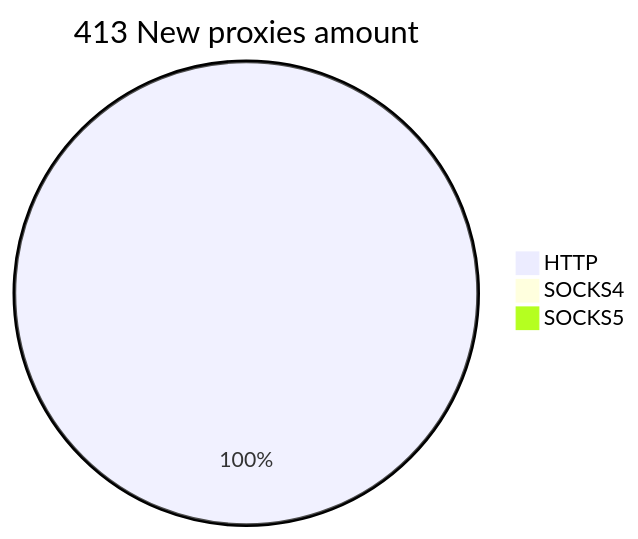
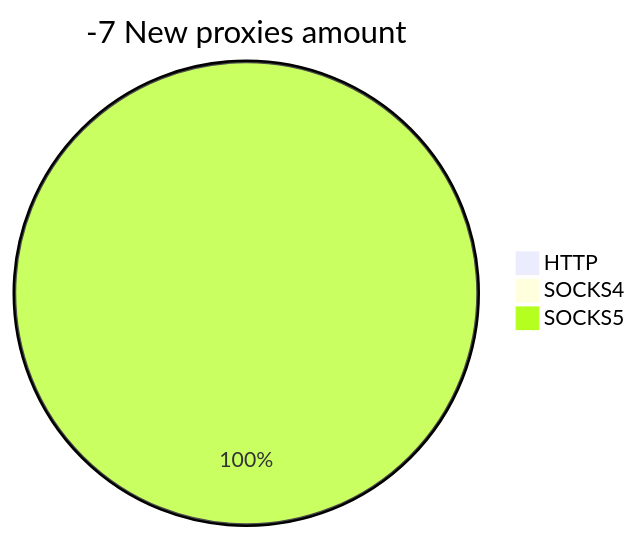
Before and after one commit to cutipu/proxylist: the second of 2 diagrams in README.md, drawn with Mermaid. The commit also changed other lines of this file, not shown here.

````diff
--- a/README.md
+++ b/README.md
@@ -10,6 +10,6 @@
 ```mermaid
-pie title 413 New proxies amount
-    "HTTP" : 437
+pie title -7 New proxies amount
+    "HTTP" : 0
     "SOCKS4" : 0
-    "SOCKS5" : 0
+    "SOCKS5" : 9
 ```
````
